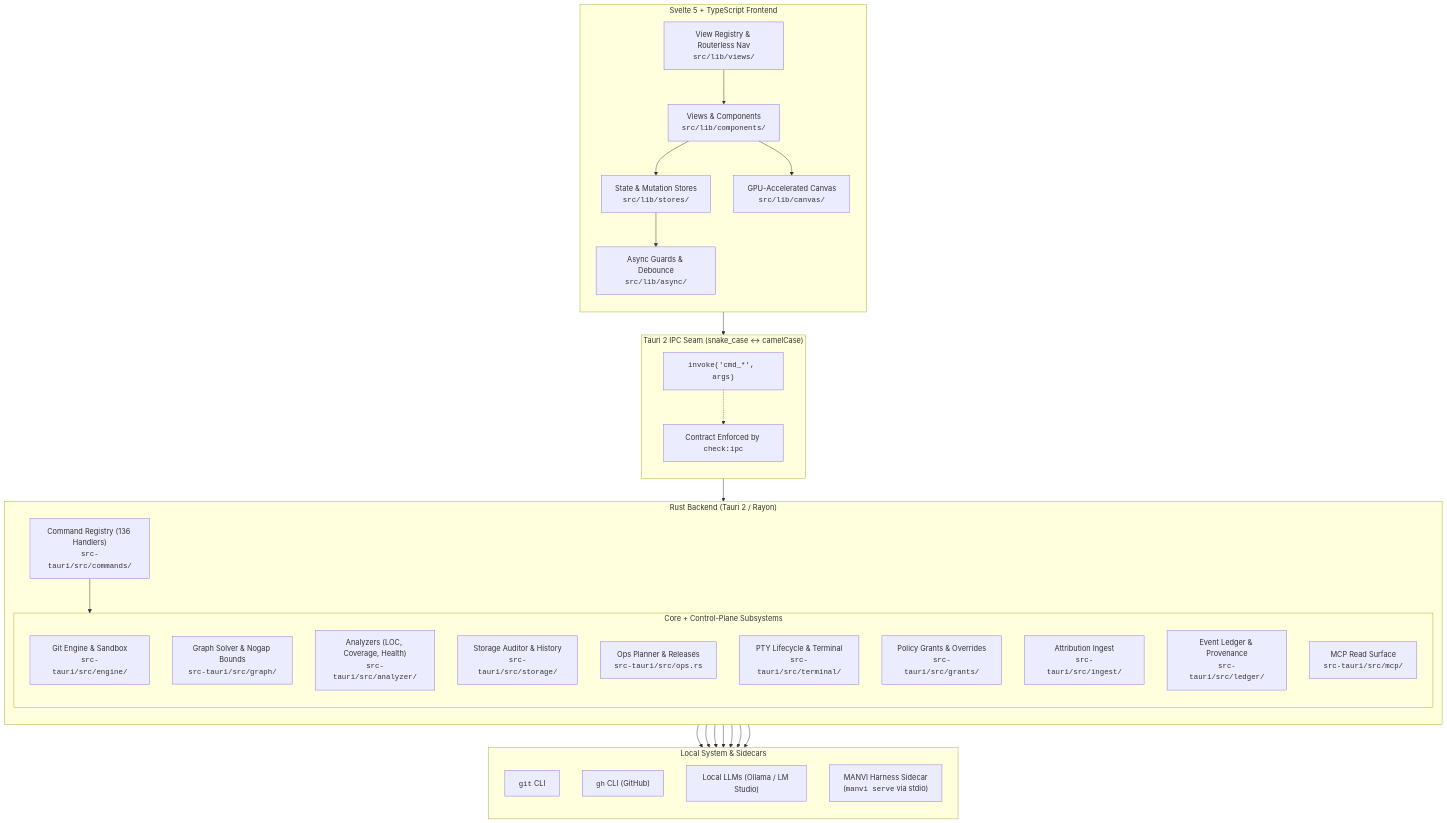
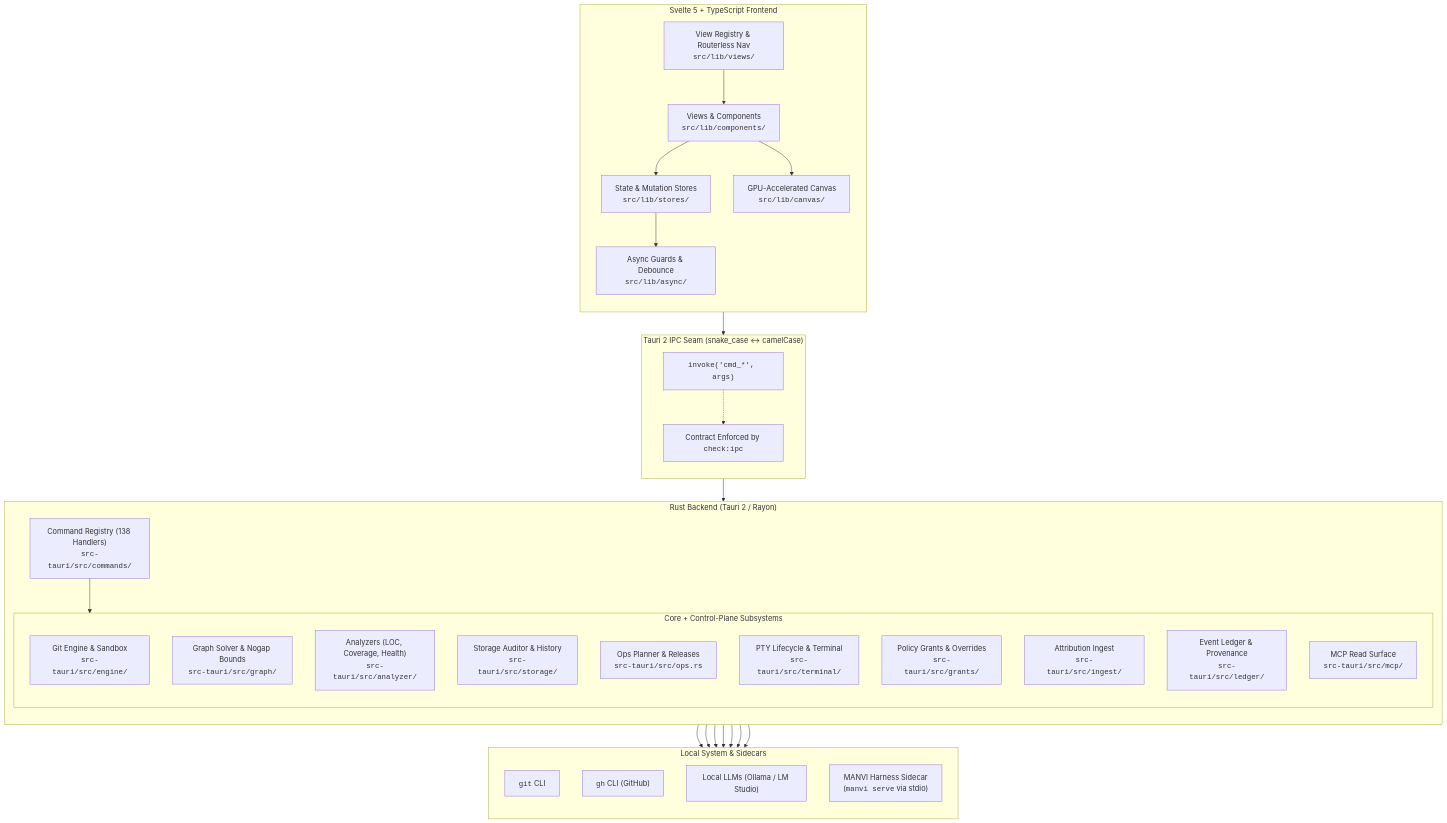
The first of 4 diagrams in docs/ARCHITECTURE.md (bharathvbcr/GitPulse), drawn with Mermaid before and after one commit. The commit also changed other lines of this file and 20 other files, not shown here.

````diff
--- a/docs/ARCHITECTURE.md
+++ b/docs/ARCHITECTURE.md
@@ -5,61 +5,61 @@
 ```mermaid
 flowchart TB
     subgraph Frontend["Svelte 5 + TypeScript Frontend"]
         direction TB
         UI["Views & Components<br/><code>src/lib/components/</code>"]
         Stores["State & Mutation Stores<br/><code>src/lib/stores/</code>"]
         Registry["View Registry & Routerless Nav<br/><code>src/lib/views/</code>"]
         Canvas["GPU-Accelerated Canvas<br/><code>src/lib/canvas/</code>"]
         Async["Async Guards & Debounce<br/><code>src/lib/async/</code>"]
         
         UI --> Stores
         UI --> Canvas
         Stores --> Async
         Registry --> UI
     end
 
     subgraph IPC["Tauri 2 IPC Seam (snake_case ↔ camelCase)"]
         direction TB
         Invoke["<code>invoke('cmd_*', args)</code>"]
         ContractCheck["Contract Enforced by <code>check:ipc</code>"]
         Invoke -.-> ContractCheck
     end
 
     subgraph Backend["Rust Backend (Tauri 2 / Rayon)"]
         direction TB
-        CmdRegistry["Command Registry (136 Handlers)<br/><code>src-tauri/src/commands/</code>"]
+        CmdRegistry["Command Registry (138 Handlers)<br/><code>src-tauri/src/commands/</code>"]
         
         subgraph Subsystems["Core + Control-Plane Subsystems"]
             GitEngine["Git Engine & Sandbox<br/><code>src-tauri/src/engine/</code>"]
             GraphSolver["Graph Solver & Nogap Bounds<br/><code>src-tauri/src/graph/</code>"]
             Analyzers["Analyzers (LOC, Coverage, Health)<br/><code>src-tauri/src/analyzer/</code>"]
             StorageAuditor["Storage Auditor & History<br/><code>src-tauri/src/storage/</code>"]
             OpsPlanner["Ops Planner & Releases<br/><code>src-tauri/src/ops.rs</code>"]
             PtyTerminal["PTY Lifecycle & Terminal<br/><code>src-tauri/src/terminal/</code>"]
             Grants["Policy Grants & Overrides<br/><code>src-tauri/src/grants/</code>"]
             Ingest["Attribution Ingest<br/><code>src-tauri/src/ingest/</code>"]
             Ledger["Event Ledger & Provenance<br/><code>src-tauri/src/ledger/</code>"]
             MCP["MCP Read Surface<br/><code>src-tauri/src/mcp/</code>"]
         end
         
         CmdRegistry --> Subsystems
     end
 
     subgraph External["Local System & Sidecars"]
         direction TB
         LocalGit["<code>git</code> CLI"]
         LocalGh["<code>gh</code> CLI (GitHub)"]
         LocalLLM["Local LLMs (Ollama / LM Studio)"]
         ManviSidecar["MANVI Harness Sidecar<br/>(<code>manvi serve</code> via stdio)"]
     end
 
     Async --> Invoke
     Invoke --> CmdRegistry
     GitEngine --> LocalGit
     Analyzers --> LocalGit
     Analyzers --> LocalGh
     Analyzers --> LocalLLM
     OpsPlanner --> LocalGh
     OpsPlanner --> ManviSidecar
     Subsystems --> ManviSidecar
 ```
````
